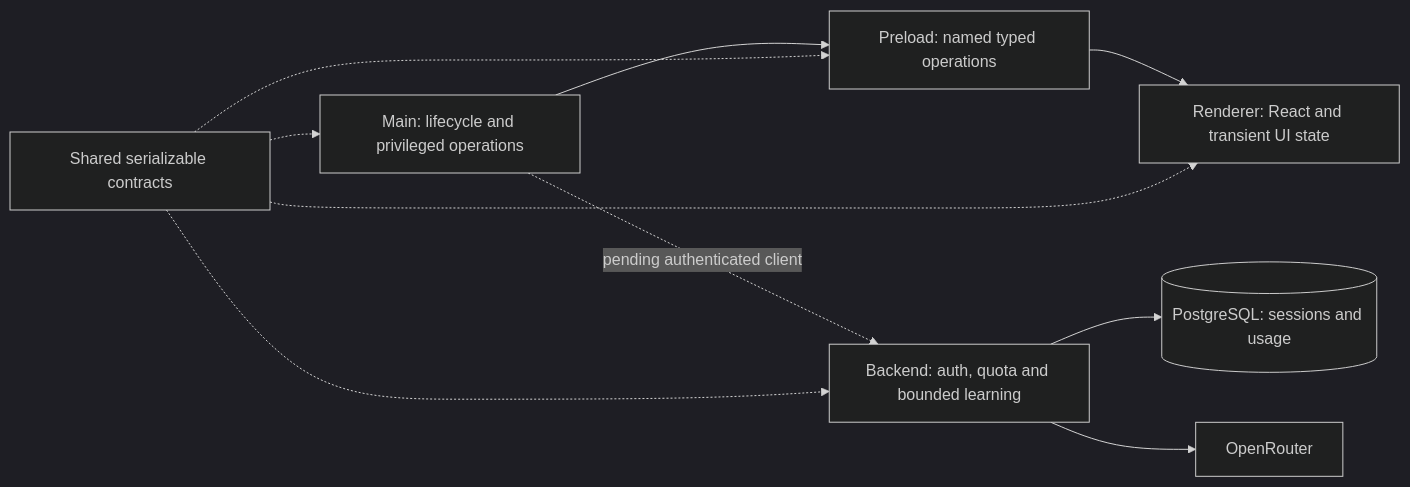
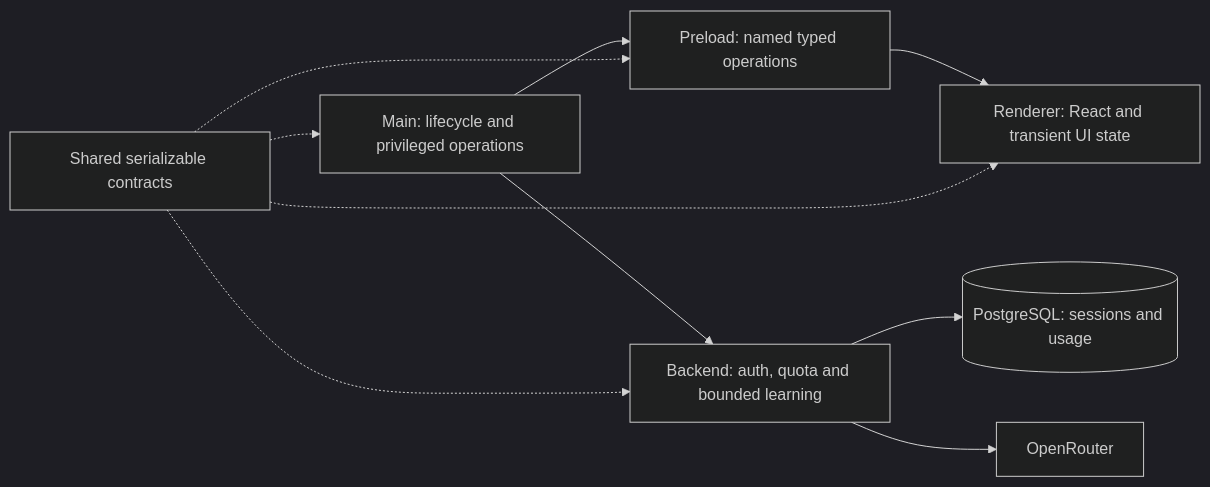
The diagram in context/architecture.md (aaryandas/applied-research), drawn with Mermaid (dark theme) before and after one commit. The commit also changed other lines of this file and 26 other files, not shown here.

Commit message:
feat: add desktop authenticated session client

````diff
--- a/context/architecture.md
+++ b/context/architecture.md
@@ -25,12 +39,12 @@
 ```mermaid
 flowchart LR
   Main[Main: lifecycle and privileged operations] --> Preload[Preload: named typed operations]
   Preload --> Renderer[Renderer: React and transient UI state]
-  Main -. pending authenticated client .-> Backend[Backend: auth, quota and bounded learning]
+  Main --> Backend[Backend: auth, quota and bounded learning]
   Backend --> PostgreSQL[(PostgreSQL: sessions and usage)]
   Backend --> OpenRouter[OpenRouter]
   Contracts[Shared serializable contracts] -.-> Main
   Contracts -.-> Preload
   Contracts -.-> Renderer
   Contracts -.-> Backend
 ```
````
